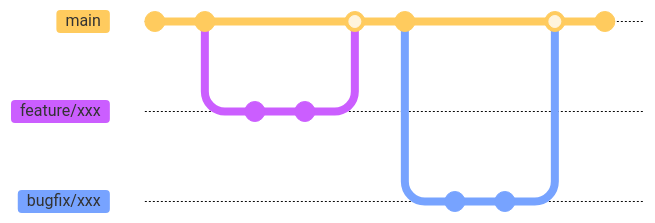
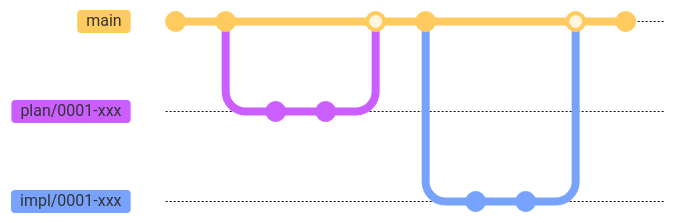
One commit to bingyangchen/taigu changed the third of 3 diagrams in README.md. Above: the diagram before and after it, drawn with Mermaid. The commit also changed other lines of this file and 28 other files, not shown here. Commit ids are hidden.

````diff
--- a/README.md
+++ b/README.md
@@ -63,20 +63,20 @@
 ```mermaid
 %%{init: { 'theme': 'base', 'gitGraph': {'showCommitLabel': false}} }%%
 gitGraph
    commit
    commit
-   branch feature/xxx
-   switch feature/xxx
+   branch plan/0001-xxx
+   switch plan/0001-xxx
    commit
    commit
    switch main
-   merge feature/xxx
+   merge plan/0001-xxx
    commit
-   branch bugfix/xxx
-   switch bugfix/xxx
+   branch impl/0001-xxx
+   switch impl/0001-xxx
    commit
    commit
    switch main
-   merge bugfix/xxx
+   merge impl/0001-xxx
    commit
 ```
````
